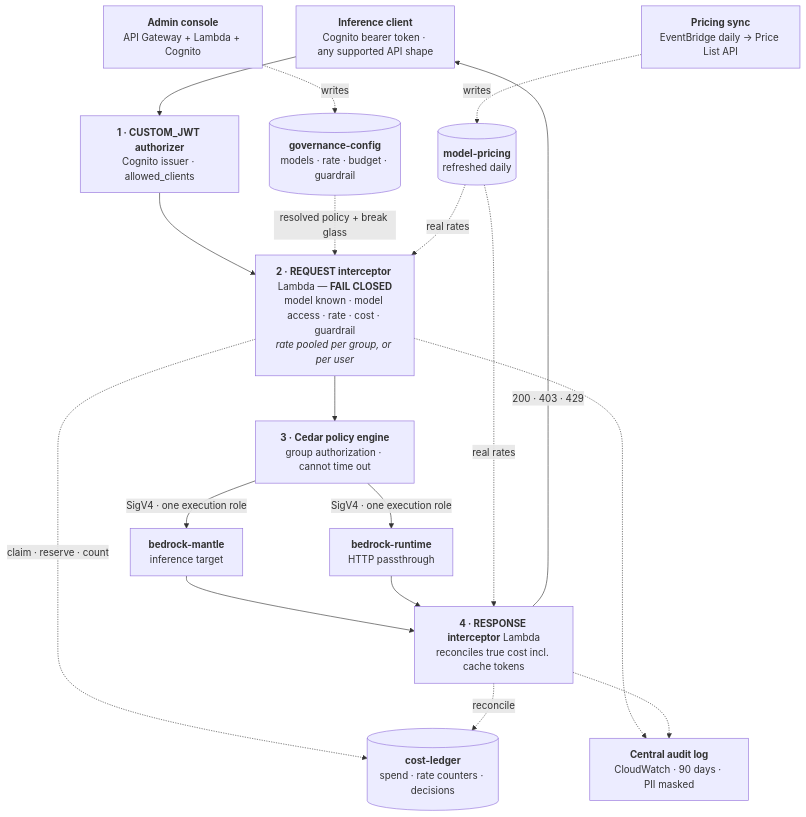
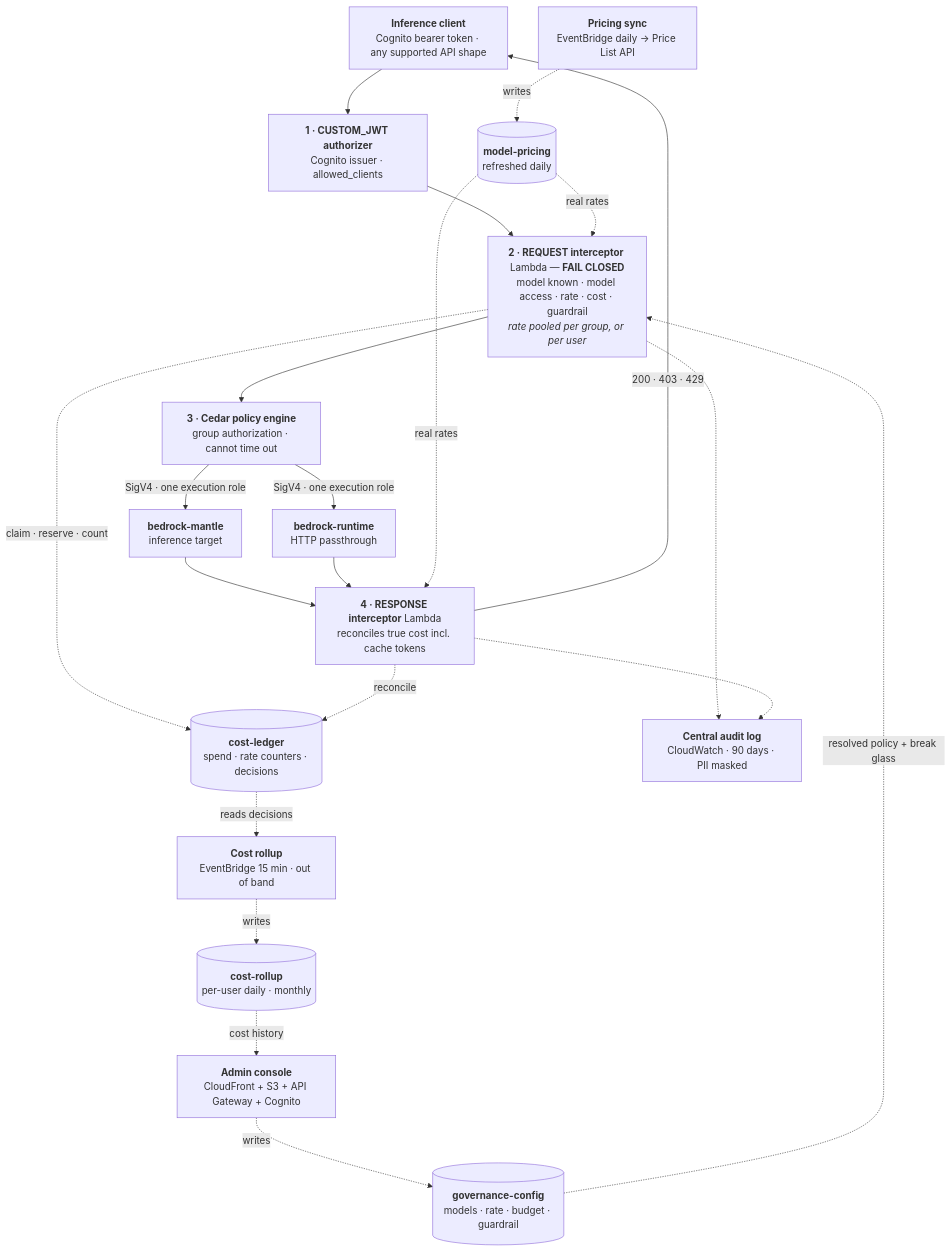
Before and after one commit to aws-samples/sample-agentcore-inference-gateway: the diagram in README.md, drawn with Mermaid. The commit also changed other lines of this file and 13 other files, not shown here.

````diff
--- a/README.md
+++ b/README.md
@@ -93,36 +93,40 @@
 ```mermaid
 flowchart TB
     CLIENT["<b>Inference client</b><br/>Cognito bearer token · any supported API shape"]
 
     L1["<b>1 · CUSTOM_JWT authorizer</b><br/>Cognito issuer · allowed_clients"]
     L2["<b>2 · REQUEST interceptor</b> Lambda — <b>FAIL CLOSED</b><br/>model known · model access · rate · cost · guardrail<br/><i>rate pooled per group, or per user</i>"]
     L3["<b>3 · Cedar policy engine</b><br/>group authorization · cannot time out"]
     L4["<b>4 · RESPONSE interceptor</b> Lambda<br/>reconciles true cost incl. cache tokens"]
 
     MANTLE["<b>bedrock-mantle</b><br/>inference target"]
     RUNTIME["<b>bedrock-runtime</b><br/>HTTP passthrough"]
 
     CFG[("<b>governance-config</b><br/>models · rate · budget · guardrail")]
     LEDGER[("<b>cost-ledger</b><br/>spend · rate counters · decisions")]
     PRICES[("<b>model-pricing</b><br/>refreshed daily")]
     AUDIT["<b>Central audit log</b><br/>CloudWatch · 90 days · PII masked"]
-    CONSOLE["<b>Admin console</b><br/>API Gateway + Lambda + Cognito"]
+    CONSOLE["<b>Admin console</b><br/>CloudFront + S3 + API Gateway + Cognito"]
     SYNC["<b>Pricing sync</b><br/>EventBridge daily → Price List API"]
+    ROLLUP["<b>Cost rollup</b><br/>EventBridge 15 min · out of band"]
+    HIST[("<b>cost-rollup</b><br/>per-user daily · monthly")]
 
     CLIENT --> L1 --> L2 --> L3
     L3 -->|"SigV4 · one execution role"| MANTLE
     L3 -->|"SigV4 · one execution role"| RUNTIME
     MANTLE --> L4
     RUNTIME --> L4
     L4 -->|"200 · 403 · 429"| CLIENT
 
     CFG -.->|"resolved policy + break glass"| L2
     PRICES -.->|"real rates"| L2
     PRICES -.->|"real rates"| L4
     L2 -.->|"claim · reserve · count"| LEDGER
     L4 -.->|"reconcile"| LEDGER
     L2 -.-> AUDIT
     L4 -.-> AUDIT
     SYNC -.->|"writes"| PRICES
+    LEDGER -.->|"reads decisions"| ROLLUP -.->|"writes"| HIST
+    HIST -.->|"cost history"| CONSOLE
     CONSOLE -.->|"writes"| CFG
 ```
````
